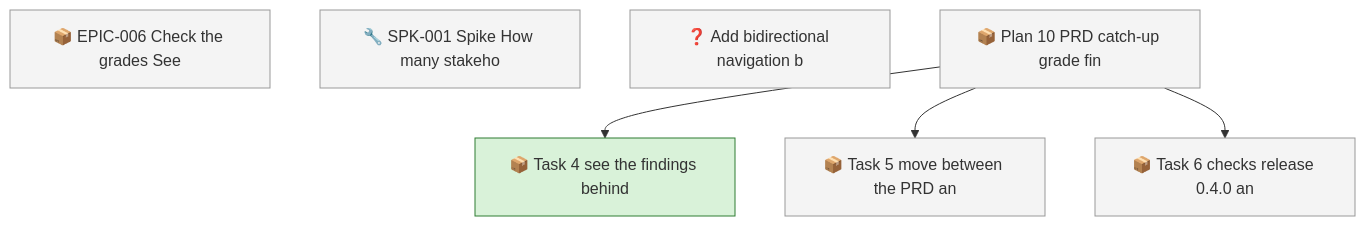
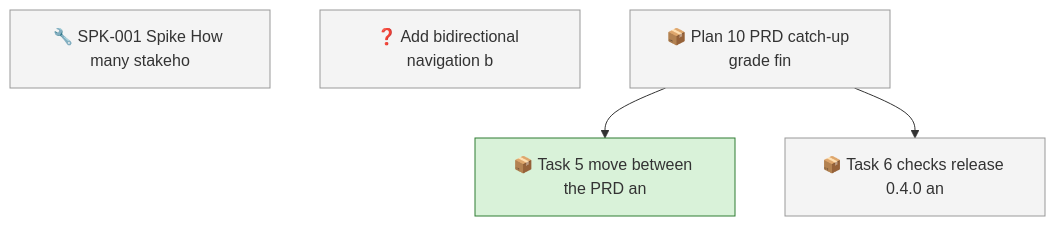
One commit to SpillwaveSolutions/prd-forge-viewer changed the first of 2 diagrams in docs/roadmap.md. Above: the diagram before and after it, drawn with Mermaid. The commit also changed other lines of this file and 17 other files, not shown here.

First line of the commit message:
feat: see the findings behind the grade of a section (FR-025)

````diff
--- a/docs/roadmap.md
+++ b/docs/roadmap.md
@@ -62,17 +57,14 @@
 ```mermaid
 graph TD
-    01M61XNM7GHPSJ1B96BCHA59ZE["📦 EPIC-006 Check the grades See"]
     01M61XNM9NY7F4D4V7400J56X9["🔧 SPK-001 Spike How many stakeho"]
     01M67NFZH5C1HWH4SBC22ZVXMS["❓ Add bidirectional navigation b"]
     01M67NH4X4JGDJB233B670SJFF["📦 Plan 10 PRD catch-up grade fin"]
-    01M67NH4XPWE52APES54MYFEV8["📦 Task 4 see the findings behind"]
     01M67NH4XPWE52APES54MYFEVA["📦 Task 5 move between the PRD an"]
     01M67NH4XPWE52APES54MYFEVC["📦 Task 6 checks release 0.4.0 an"]
-    01M67NH4X4JGDJB233B670SJFF --> 01M67NH4XPWE52APES54MYFEV8
     01M67NH4X4JGDJB233B670SJFF --> 01M67NH4XPWE52APES54MYFEVA
     01M67NH4X4JGDJB233B670SJFF --> 01M67NH4XPWE52APES54MYFEVC
     classDef todo fill:#f4f4f4,stroke:#999999
-    class 01M61XNM7GHPSJ1B96BCHA59ZE,01M61XNM9NY7F4D4V7400J56X9,01M67NFZH5C1HWH4SBC22ZVXMS,01M67NH4X4JGDJB233B670SJFF,01M67NH4XPWE52APES54MYFEVA,01M67NH4XPWE52APES54MYFEVC todo
+    class 01M61XNM9NY7F4D4V7400J56X9,01M67NFZH5C1HWH4SBC22ZVXMS,01M67NH4X4JGDJB233B670SJFF,01M67NH4XPWE52APES54MYFEVC todo
     classDef in_progress fill:#d9f2d9,stroke:#2e7d32
-    class 01M67NH4XPWE52APES54MYFEV8 in_progress
+    class 01M67NH4XPWE52APES54MYFEVA in_progress
 ```
````
